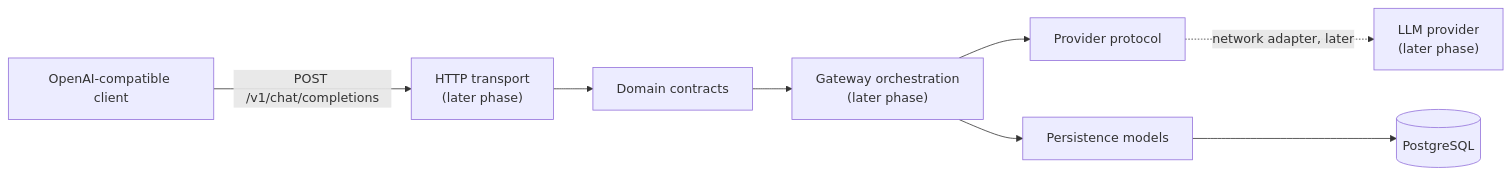
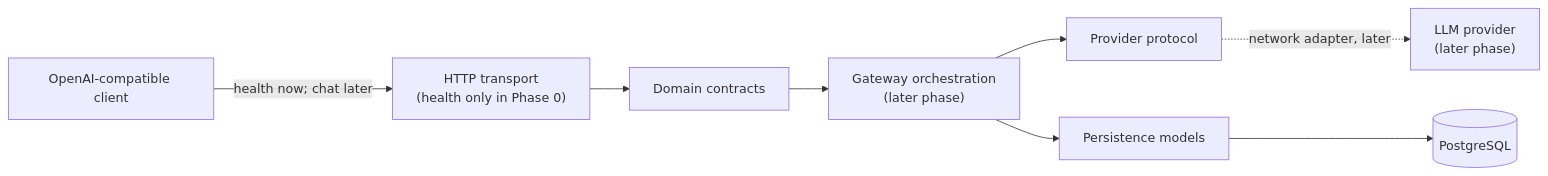
Before and after one commit to mthinhngn/Porta: the diagram in docs/architecture.md, drawn with Mermaid. The commit also changed other lines of this file and 26 other files, not shown here.

````diff
--- a/docs/architecture.md
+++ b/docs/architecture.md
@@ -28,19 +32,19 @@
 ```mermaid
 flowchart LR
     Client["OpenAI-compatible client"]
-    Transport["HTTP transport<br/>(later phase)"]
+    Transport["HTTP transport<br/>(health only in Phase 0)"]
     Domain["Domain contracts"]
     Service["Gateway orchestration<br/>(later phase)"]
     Provider["Provider protocol"]
     Upstream["LLM provider<br/>(later phase)"]
     Persistence["Persistence models"]
     Postgres[("PostgreSQL")]
 
-    Client -->|POST /v1/chat/completions| Transport
+    Client -->|health now; chat later| Transport
     Transport --> Domain
     Domain --> Service
     Service --> Provider
     Provider -.->|network adapter, later| Upstream
     Service --> Persistence
     Persistence --> Postgres
 ```
````
